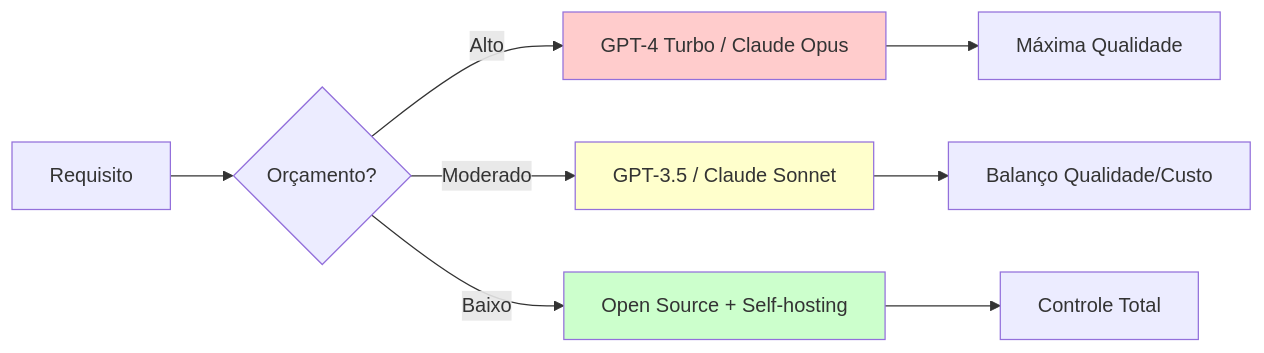
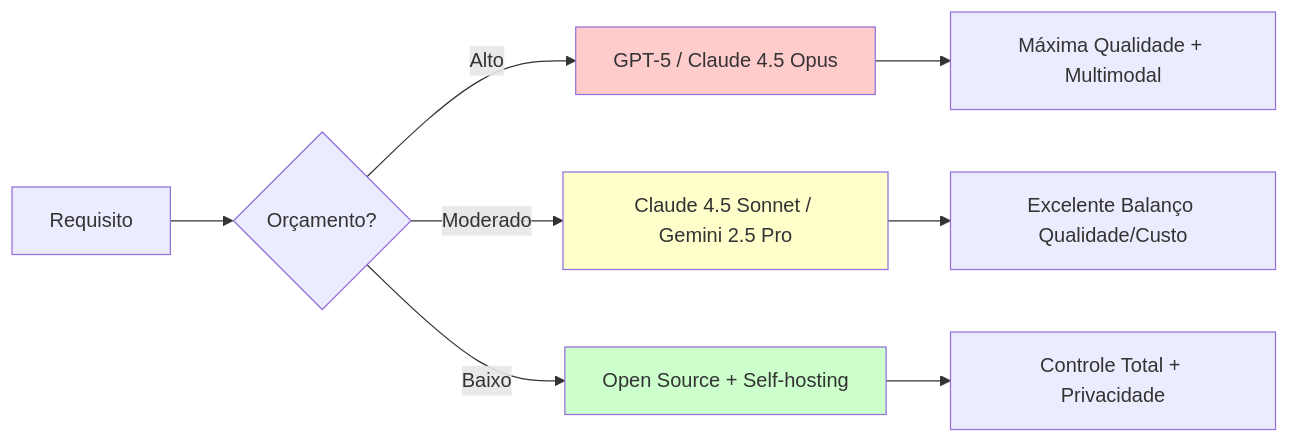
One commit to woliveiras/dominando-agentes-ia changed the diagram in book/chapters/appendix/A-model-comparison.qmd. Above: the diagram before and after it, drawn with Mermaid. The commit also changed other lines of this file, not shown here.

````diff
--- a/book/chapters/appendix/A-model-comparison.qmd
+++ b/book/chapters/appendix/A-model-comparison.qmd
@@ -118,15 +129,15 @@
 ```mermaid
 graph LR
     A[Requisito] --> B{Orçamento?}
-    B -->|Alto| C[GPT-4 Turbo / Claude Opus]
-    B -->|Moderado| D[GPT-3.5 / Claude Sonnet]
+    B -->|Alto| C[GPT-5 / Claude 4.5 Opus]
+    B -->|Moderado| D[Claude 4.5 Sonnet / Gemini 2.5 Pro]
     B -->|Baixo| E[Open Source + Self-hosting]
     
-    C --> F[Máxima Qualidade]
-    D --> G[Balanço Qualidade/Custo]
-    E --> H[Controle Total]
+    C --> F[Máxima Qualidade + Multimodal]
+    D --> G[Excelente Balanço Qualidade/Custo]
+    E --> H[Controle Total + Privacidade]
     
     style C fill:#ffcccc
     style D fill:#ffffcc
     style E fill:#ccffcc
 ```
````
